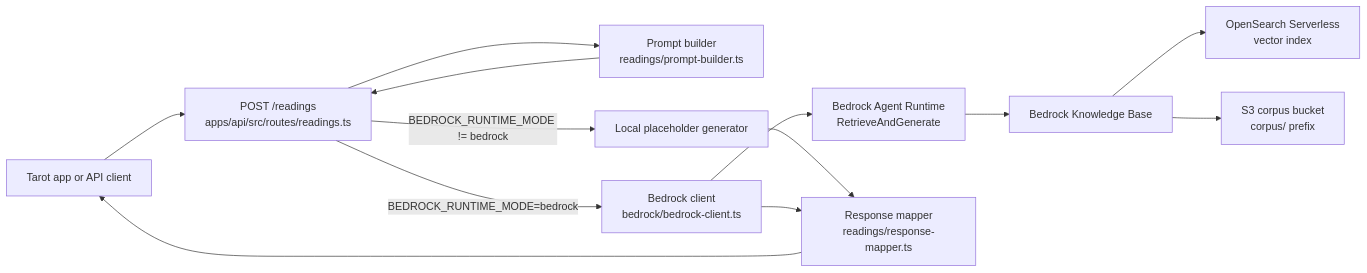
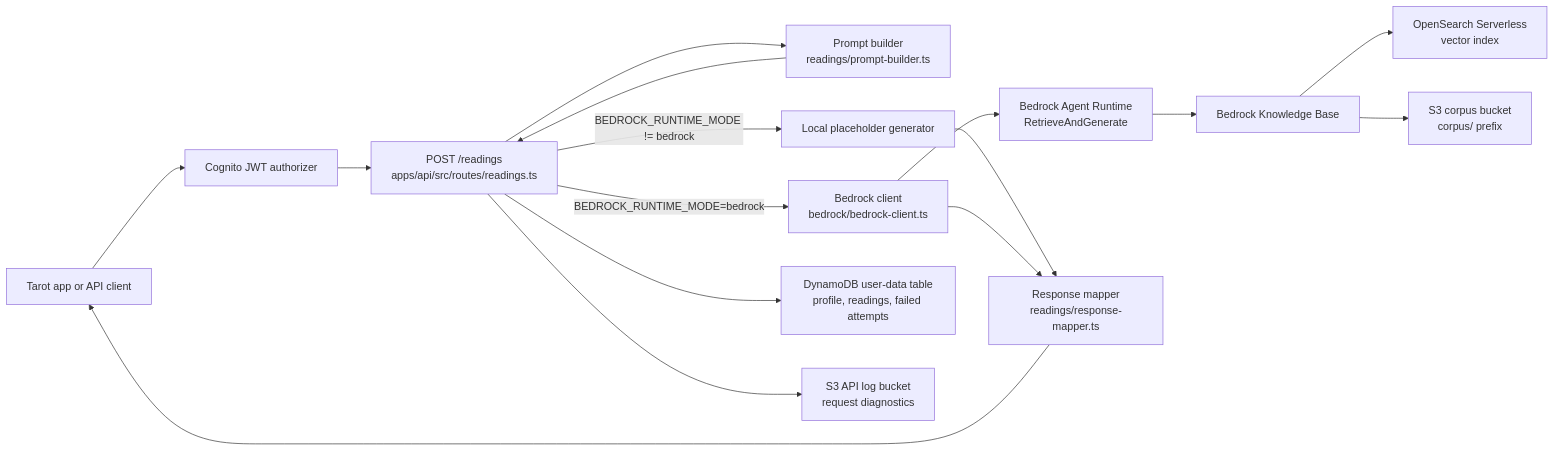
Before and after one commit to ava-collins/simple-tarot: the first of 3 diagrams in docs/bedrock_rag_api_integration.md, drawn with Mermaid. The commit also changed other lines of this file and 7 other files, not shown here.

````diff
--- a/docs/bedrock_rag_api_integration.md
+++ b/docs/bedrock_rag_api_integration.md
@@ -23,26 +25,32 @@
 ```mermaid
 flowchart LR
     Mobile["Tarot app or API client"]
+    Auth["Cognito JWT authorizer"]
     Route["POST /readings<br/>apps/api/src/routes/readings.ts"]
     Prompt["Prompt builder<br/>readings/prompt-builder.ts"]
     Local["Local placeholder generator"]
     BedrockClient["Bedrock client<br/>bedrock/bedrock-client.ts"]
     Runtime["Bedrock Agent Runtime<br/>RetrieveAndGenerate"]
     KB["Bedrock Knowledge Base"]
     AOSS["OpenSearch Serverless<br/>vector index"]
     S3["S3 corpus bucket<br/>corpus/ prefix"]
     Mapper["Response mapper<br/>readings/response-mapper.ts"]
+    DDB["DynamoDB user-data table<br/>profile, readings, failed attempts"]
+    Logs["S3 API log bucket<br/>request diagnostics"]
 
-    Mobile --> Route
+    Mobile --> Auth
+    Auth --> Route
     Route --> Prompt
     Prompt --> Route
     Route -->|"BEDROCK_RUNTIME_MODE != bedrock"| Local
     Route -->|"BEDROCK_RUNTIME_MODE=bedrock"| BedrockClient
     BedrockClient --> Runtime
     Runtime --> KB
     KB --> AOSS
     KB --> S3
     Local --> Mapper
     BedrockClient --> Mapper
+    Route --> DDB
+    Route --> Logs
     Mapper --> Mobile
 ```
````
